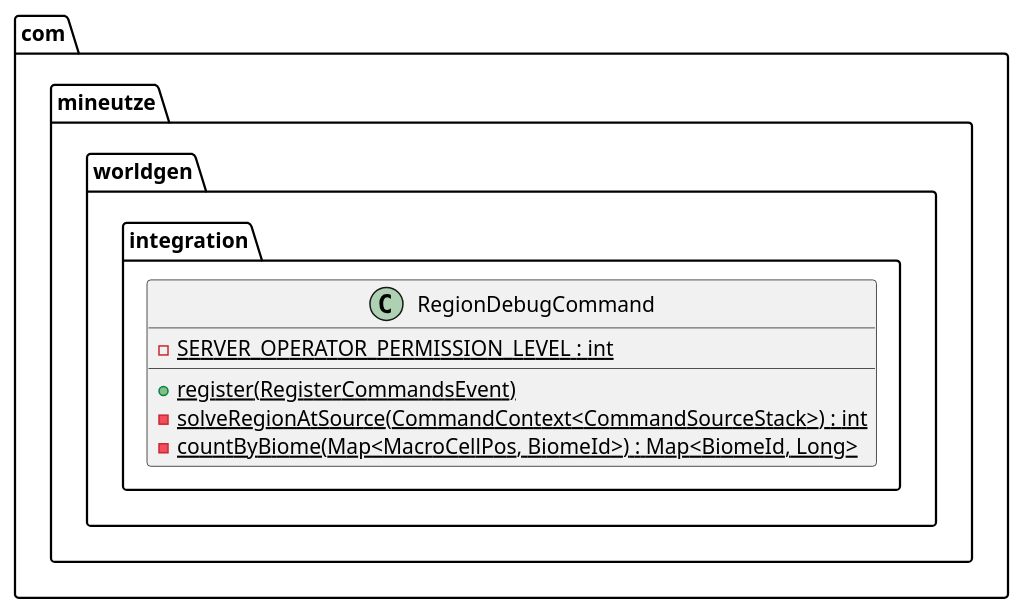
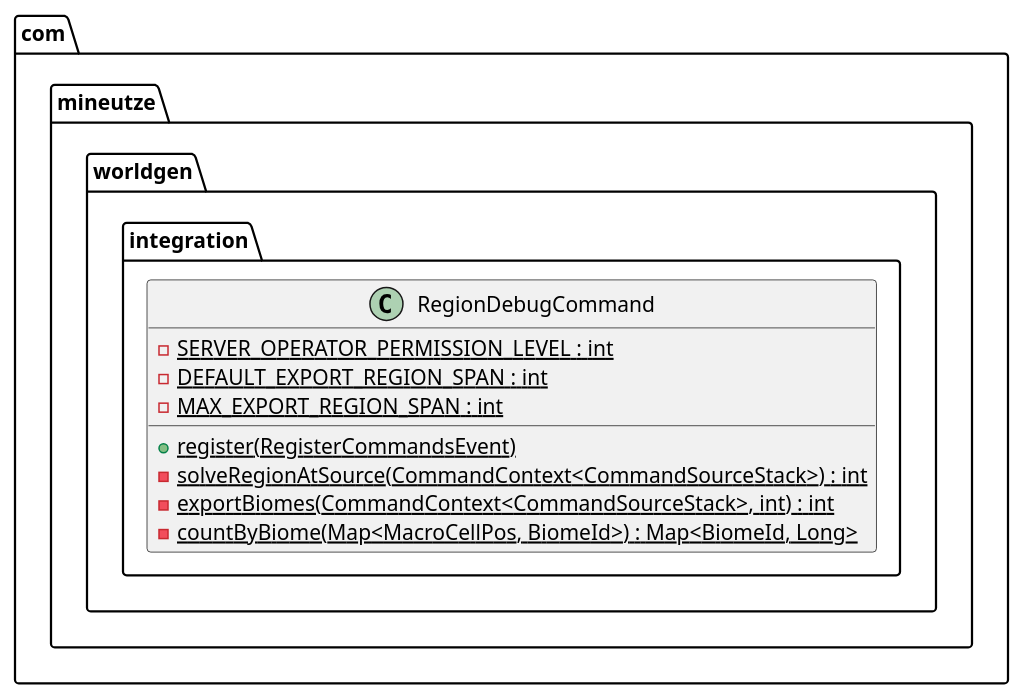
Before and after one commit to Boulede987/Mine-Utz: the diagram in companion-mods/mineutze-worldgen/doc/Modelisation/Fragments/com/mineutze/worldgen/integration/RegionDebugCommand.puml, drawn with PlantUML. The commit also changed 265 other files, not shown here.

```diff
--- a/companion-mods/mineutze-worldgen/doc/Modelisation/Fragments/com/mineutze/worldgen/integration/RegionDebugCommand.puml
+++ b/companion-mods/mineutze-worldgen/doc/Modelisation/Fragments/com/mineutze/worldgen/integration/RegionDebugCommand.puml
@@ -1,9 +1,12 @@
 namespace com.mineutze.worldgen.integration {
 class RegionDebugCommand {
   - {static} SERVER_OPERATOR_PERMISSION_LEVEL : int
+  - {static} DEFAULT_EXPORT_REGION_SPAN : int
+  - {static} MAX_EXPORT_REGION_SPAN : int
   + {static} register(RegisterCommandsEvent)
   - {static} solveRegionAtSource(CommandContext<CommandSourceStack>) : int
+  - {static} exportBiomes(CommandContext<CommandSourceStack>, int) : int
   - {static} countByBiome(Map<MacroCellPos, BiomeId>) : Map<BiomeId, Long>
 }
 
 }
```
